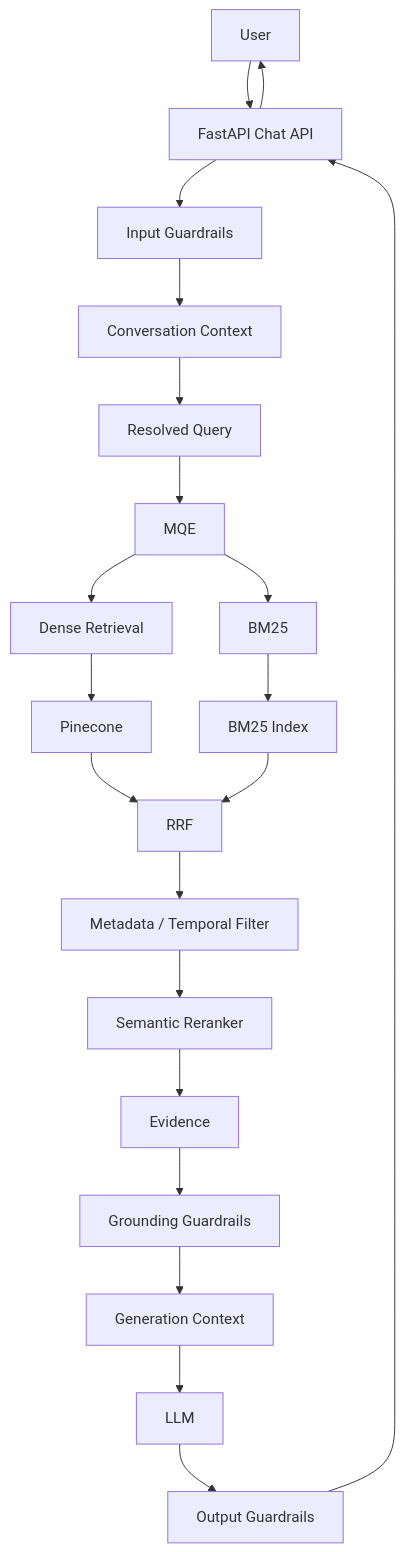
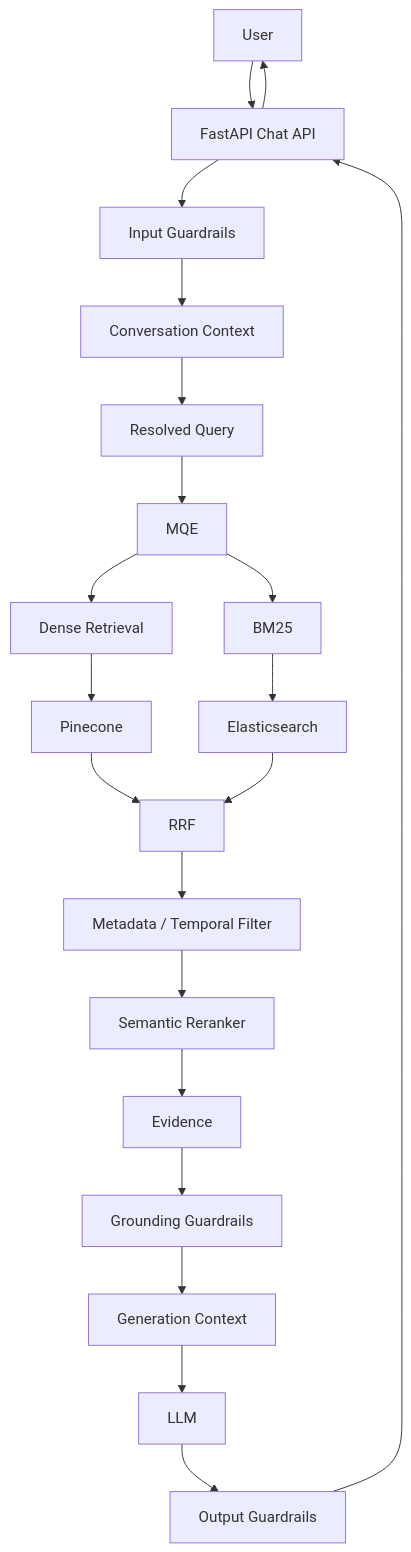
Diagram 15 of 17 in docs/RAG_DESIGN.md (AdithyaGopakumar/Advanced-RAG-Banking), drawn with Mermaid before and after one commit. The commit also changed other lines of this file and 8 other files, not shown here.

````diff
--- a/docs/RAG_DESIGN.md
+++ b/docs/RAG_DESIGN.md
@@ -783,30 +783,30 @@
 ```mermaid
 flowchart TD
     User["User"] --> API["FastAPI Chat API"]
     API --> Guard["Input Guardrails"]
     Guard --> Context["Conversation Context"]
     Context --> Query["Resolved Query"]
 
     Query --> MQE["MQE"]
 
     MQE --> Dense["Dense Retrieval"]
     MQE --> BM25["BM25"]
 
     Dense --> Pinecone["Pinecone"]
-    BM25 --> LexicalIndex["BM25 Index"]
+    BM25 --> Elasticsearch["Elasticsearch"]
 
     Pinecone --> RRF["RRF"]
-    LexicalIndex --> RRF
+    Elasticsearch --> RRF
 
     RRF --> Filter["Metadata / Temporal Filter"]
     Filter --> Reranker["Semantic Reranker"]
 
     Reranker --> Evidence["Evidence"]
     Evidence --> Grounding["Grounding Guardrails"]
     Grounding --> Prompt["Generation Context"]
 
     Prompt --> LLM["LLM"]
     LLM --> OutputGuard["Output Guardrails"]
     OutputGuard --> API
     API --> User
 ```
````
